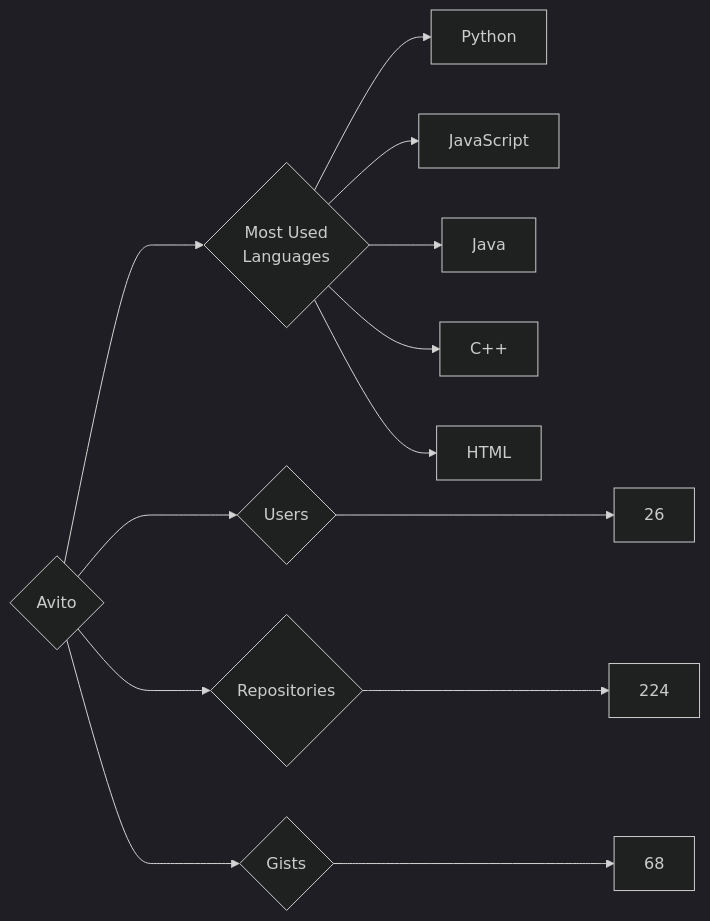
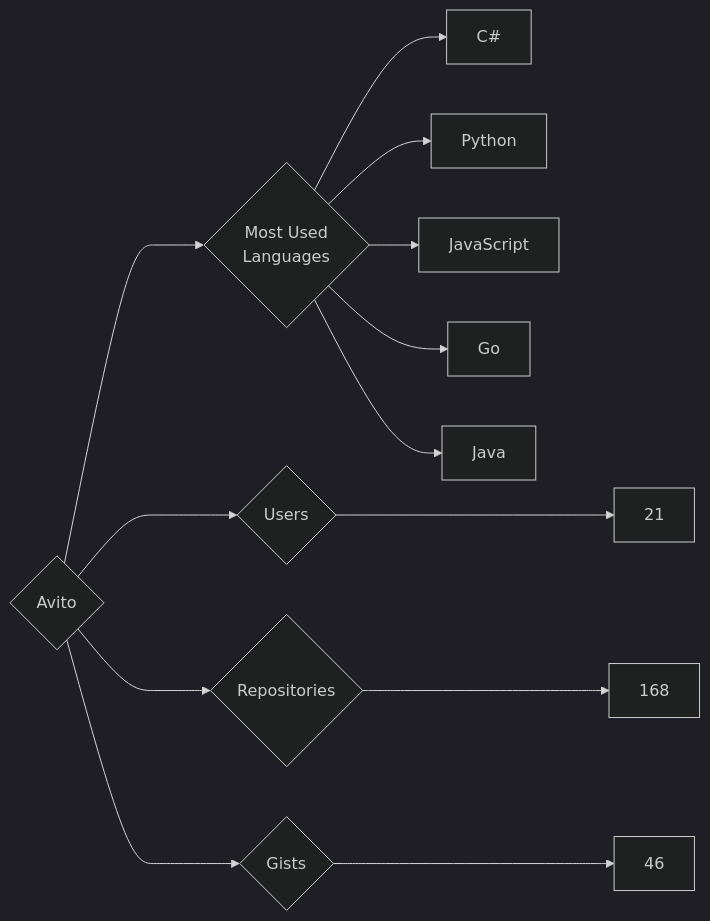
One commit to trickest/insiders changed the diagram in targets/Avito/README.md. Above: the diagram before and after it, drawn with Mermaid (dark theme). The commit also changed 736 other files, not shown here.

````diff
--- a/targets/Avito/README.md
+++ b/targets/Avito/README.md
@@ -3,13 +3,13 @@
 ```mermaid
 graph LR
 COMPANY_NAME{Avito}
-COMPANY_NAME ---> U{Users} ---> UN[26]
-COMPANY_NAME ---> R{Repositories} ---> RN[224]
-COMPANY_NAME ---> G{Gists} ---> GN[68]
+COMPANY_NAME ---> U{Users} ---> UN[21]
+COMPANY_NAME ---> R{Repositories} ---> RN[168]
+COMPANY_NAME ---> G{Gists} ---> GN[46]
 COMPANY_NAME ---> ML{Most Used<br>Languages}
+ML --> C#[C#]
 ML --> Python[Python]
 ML --> JavaScript[JavaScript]
+ML --> Go[Go]
 ML --> Java[Java]
-ML --> C++[C++]
-ML --> HTML[HTML]
 ```
````
